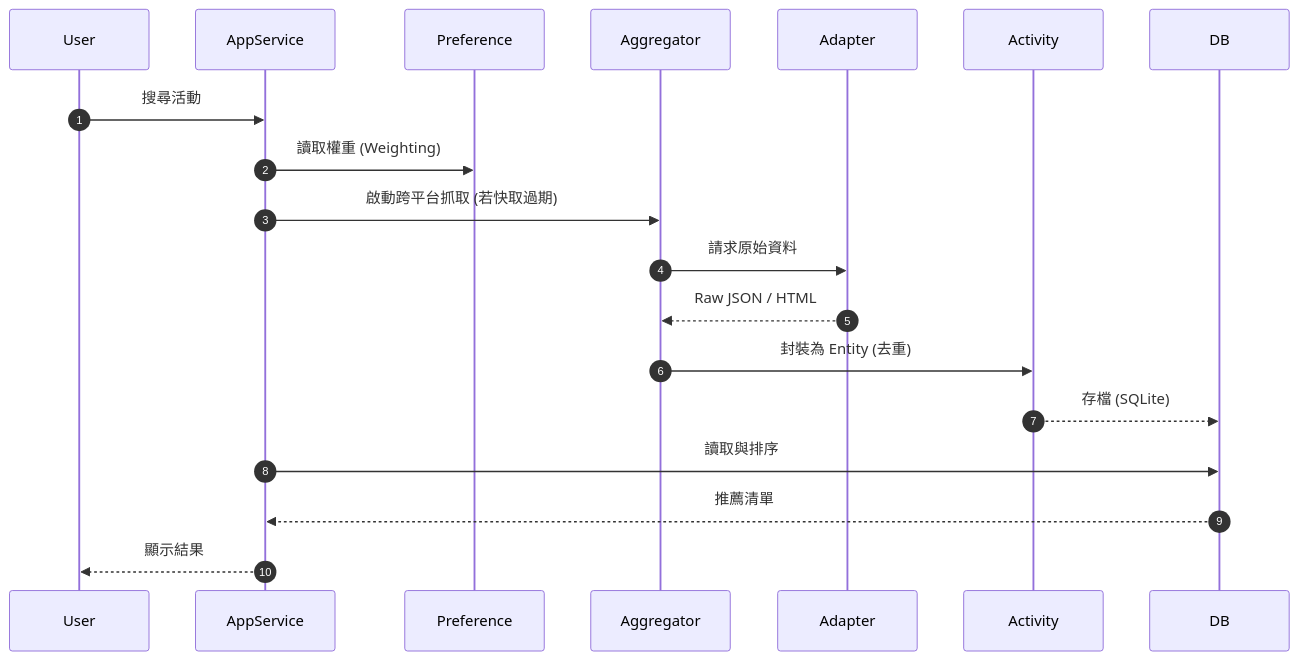
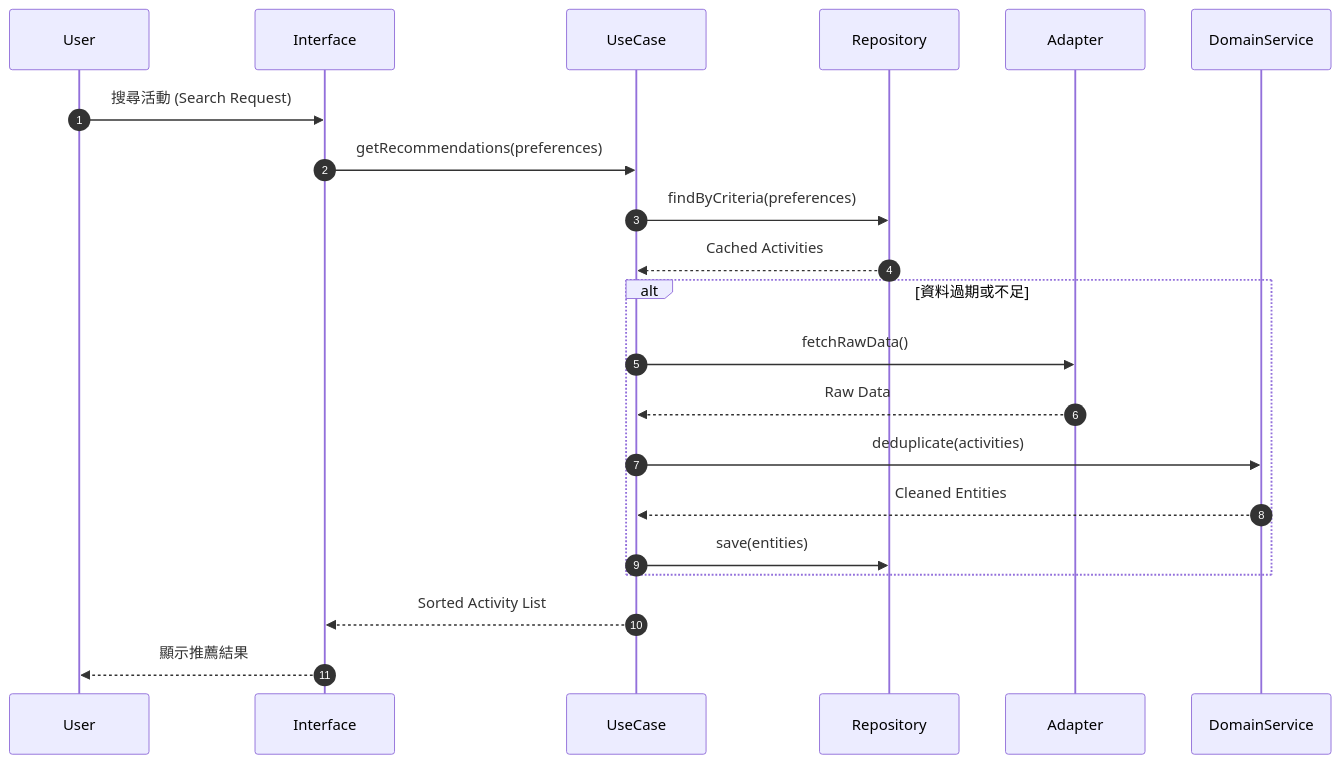
One commit to landy35p/ADLC-project changed the fourth of 4 diagrams in projects/activity-aggregator/docs/architecture-design.md. Above: the diagram before and after it, drawn with Mermaid. The commit also changed other lines of this file, not shown here.

Commit message:
docs(arch): 修正洋蔥架構示意圖並優化層級描述 (Onion Architecture)

````diff
--- a/projects/activity-aggregator/docs/architecture-design.md
+++ b/projects/activity-aggregator/docs/architecture-design.md
@@ -93,14 +153,19 @@
 ```mermaid
 sequenceDiagram
     autonumber
-    User->>AppService: 搜尋活動
-    AppService->>Preference: 讀取權重 (Weighting)
-    AppService->>Aggregator: 啟動跨平台抓取 (若快取過期)
-    Aggregator->>Adapter: 請求原始資料
-    Adapter-->>Aggregator: Raw JSON / HTML
-    Aggregator->>Activity: 封裝為 Entity (去重)
-    Activity-->>DB: 存檔 (SQLite)
-    AppService->>DB: 讀取與排序
-    DB-->>AppService: 推薦清單
-    AppService-->>User: 顯示結果
+    User->>Interface: 搜尋活動 (Search Request)
+    Interface->>UseCase: getRecommendations(preferences)
+    UseCase->>Repository: findByCriteria(preferences)
+    Repository-->>UseCase: Cached Activities
+    
+    alt 資料過期或不足
+        UseCase->>Adapter: fetchRawData()
+        Adapter-->>UseCase: Raw Data
+        UseCase->>DomainService: deduplicate(activities)
+        DomainService-->>UseCase: Cleaned Entities
+        UseCase->>Repository: save(entities)
+    end
+    
+    UseCase-->>Interface: Sorted Activity List
+    Interface-->>User: 顯示推薦結果
 ```
````
